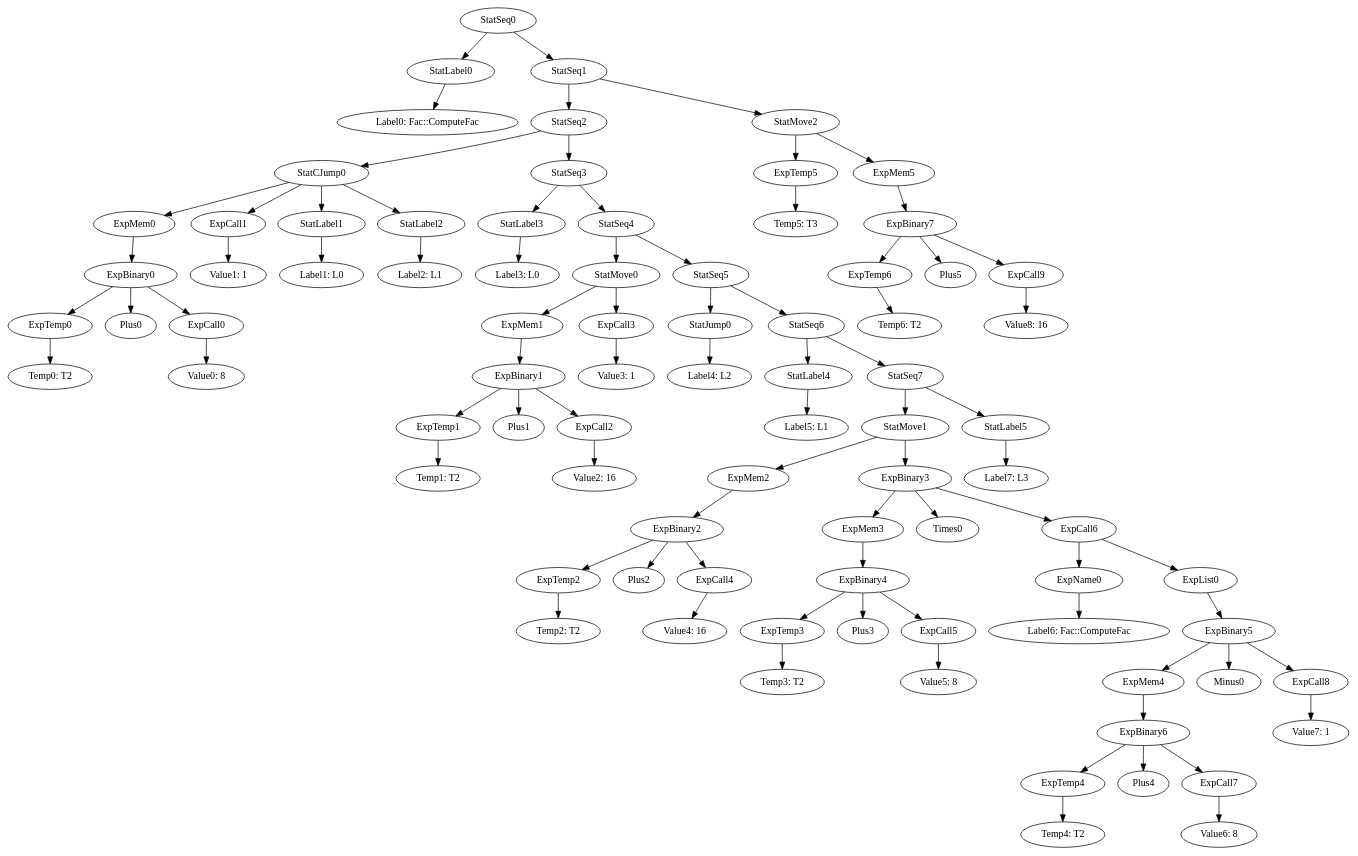
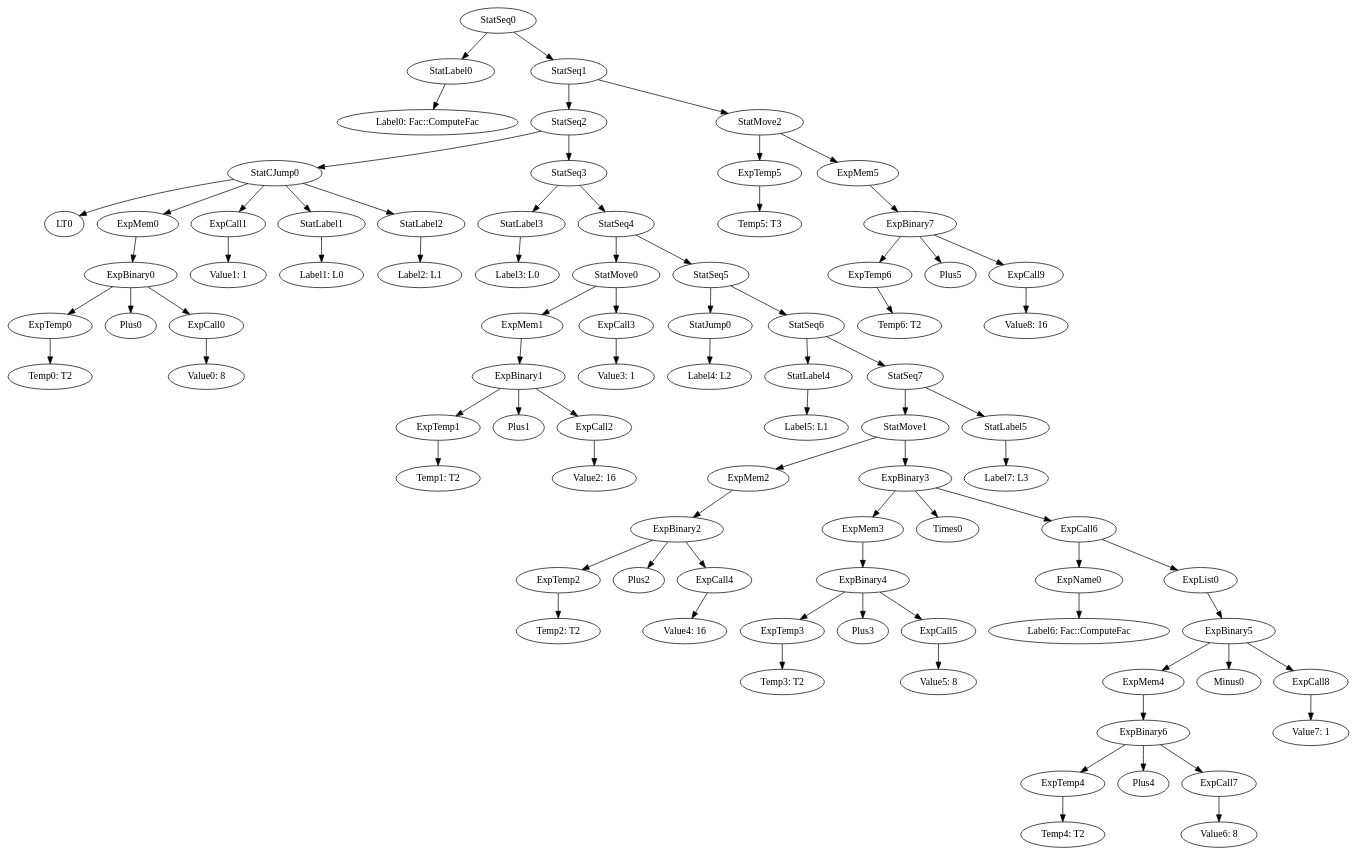
The diagram in MiniJava/results/SamplesCorrect/Factorial/irt_Fac::ComputeFac.gv (team-compilers/compilers), drawn with Graphviz before and after one commit. The commit also changed 75 other files, not shown here.

```diff
--- a/MiniJava/results/SamplesCorrect/Factorial/irt_Fac::ComputeFac.gv
+++ b/MiniJava/results/SamplesCorrect/Factorial/irt_Fac::ComputeFac.gv
@@ -1,86 +1,87 @@
 digraph {
 	ordering = out;
 	ExpCall9 -> "Value8: 16";
 	ExpBinary7 -> ExpTemp6;
 	ExpBinary7 -> Plus5;
 	ExpBinary7 -> ExpCall9;
 	ExpTemp6 -> "Temp6: T2";
 	StatMove2 -> ExpTemp5;
 	StatMove2 -> ExpMem5;
 	StatMove1 -> ExpMem2;
 	StatMove1 -> ExpBinary3;
 	ExpMem1 -> ExpBinary1;
 	StatSeq4 -> StatMove0;
 	StatSeq4 -> StatSeq5;
 	ExpCall0 -> "Value0: 8";
 	StatLabel1 -> "Label1: L0";
 	ExpMem2 -> ExpBinary2;
 	StatMove0 -> ExpMem1;
 	StatMove0 -> ExpCall3;
 	ExpCall2 -> "Value2: 16";
 	ExpCall7 -> "Value6: 8";
 	StatSeq3 -> StatLabel3;
 	StatSeq3 -> StatSeq4;
 	ExpTemp1 -> "Temp1: T2";
 	StatSeq0 -> StatLabel0;
 	StatSeq0 -> StatSeq1;
 	StatLabel3 -> "Label3: L0";
 	StatSeq2 -> StatCJump0;
 	StatSeq2 -> StatSeq3;
+	ExpTemp0 -> "Temp0: T2";
+	StatSeq5 -> StatJump0;
+	StatSeq5 -> StatSeq6;
+	StatLabel4 -> "Label5: L1";
+	StatSeq7 -> StatMove1;
+	StatSeq7 -> StatLabel5;
 	ExpBinary0 -> ExpTemp0;
 	ExpBinary0 -> Plus0;
 	ExpBinary0 -> ExpCall0;
 	ExpMem4 -> ExpBinary6;
 	StatJump0 -> "Label4: L2";
 	ExpCall1 -> "Value1: 1";
-	ExpTemp0 -> "Temp0: T2";
-	StatSeq5 -> StatJump0;
-	StatSeq5 -> StatSeq6;
-	StatLabel4 -> "Label5: L1";
-	StatSeq7 -> StatMove1;
-	StatSeq7 -> StatLabel5;
 	ExpCall3 -> "Value3: 1";
 	ExpBinary1 -> ExpTemp1;
 	ExpBinary1 -> Plus1;
 	ExpBinary1 -> ExpCall2;
 	ExpCall8 -> "Value7: 1";
 	ExpMem0 -> ExpBinary0;
 	ExpBinary6 -> ExpTemp4;
 	ExpBinary6 -> Plus4;
 	ExpBinary6 -> ExpCall7;
 	StatSeq6 -> StatLabel4;
 	StatSeq6 -> StatSeq7;
 	ExpTemp3 -> "Temp3: T2";
 	ExpTemp2 -> "Temp2: T2";
 	ExpMem5 -> ExpBinary7;
 	StatLabel0 -> "Label0: Fac::ComputeFac";
 	ExpBinary2 -> ExpTemp2;
 	ExpBinary2 -> Plus2;
 	ExpBinary2 -> ExpCall4;
 	ExpTemp5 -> "Temp5: T3";
 	StatLabel5 -> "Label7: L3";
 	StatLabel2 -> "Label2: L1";
 	ExpCall4 -> "Value4: 16";
 	ExpCall5 -> "Value5: 8";
 	ExpBinary4 -> ExpTemp3;
 	ExpBinary4 -> Plus3;
 	ExpBinary4 -> ExpCall5;
 	ExpCall6 -> ExpName0;
 	ExpCall6 -> ExpList0;
 	ExpMem3 -> ExpBinary4;
 	ExpBinary3 -> ExpMem3;
 	ExpBinary3 -> Times0;
 	ExpBinary3 -> ExpCall6;
 	ExpName0 -> "Label6: Fac::ComputeFac";
 	ExpTemp4 -> "Temp4: T2";
 	ExpBinary5 -> ExpMem4;
 	ExpBinary5 -> Minus0;
 	ExpBinary5 -> ExpCall8;
+	StatCJump0 -> LT0;
 	StatCJump0 -> ExpMem0;
 	StatCJump0 -> ExpCall1;
 	StatCJump0 -> StatLabel1;
 	StatCJump0 -> StatLabel2;
 	ExpList0 -> ExpBinary5;
 	StatSeq1 -> StatSeq2;
 	StatSeq1 -> StatMove2;
 }
```
